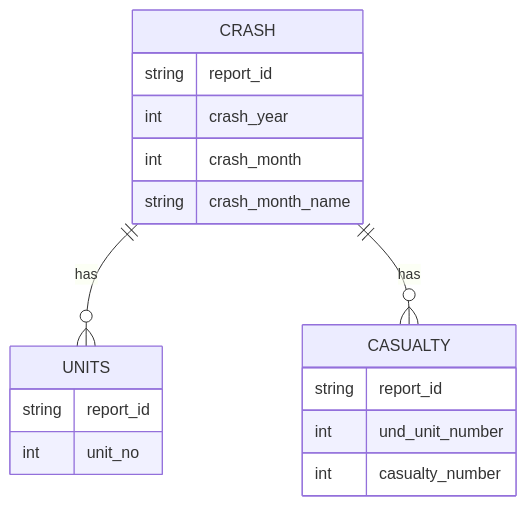
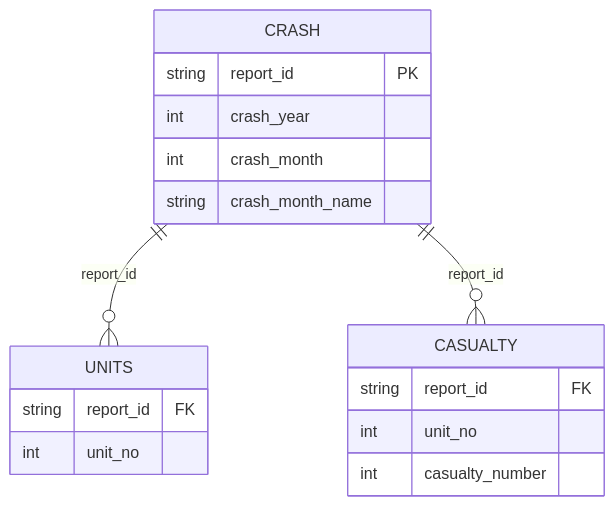
One commit to shresthayujan/saferoads-sa changed the second of 2 diagrams in README.md. Above: the diagram before and after it, drawn with Mermaid. The commit also changed other lines of this file and 1 other file, not shown here.

````diff
--- a/README.md
+++ b/README.md
@@ -61,20 +44,20 @@
 ```mermaid
 erDiagram
-    CRASH ||--o{ UNITS : "has"
-    CRASH ||--o{ CASUALTY : "has"
+    CRASH ||--o{ UNITS : "report_id"
+    CRASH ||--o{ CASUALTY : "report_id"
     CRASH {
-        string report_id
+        string report_id PK
         int crash_year
         int crash_month
         string crash_month_name
     }
     UNITS {
-        string report_id
+        string report_id FK
         int unit_no
     }
     CASUALTY {
-        string report_id
-        int und_unit_number
+        string report_id FK
+        int unit_no
         int casualty_number
     }
 ```
````
